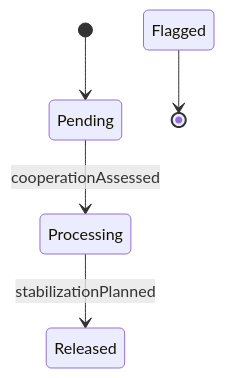
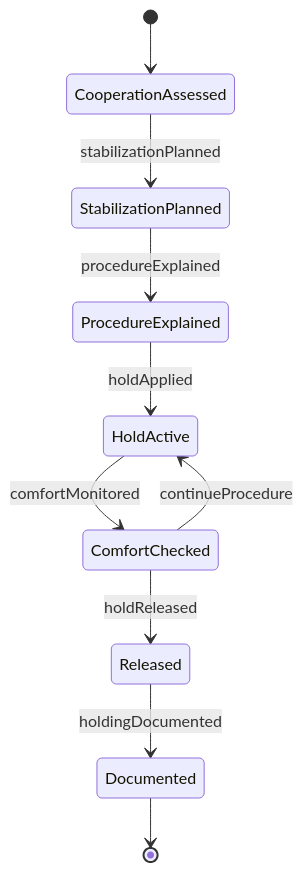
One commit to dot-org-ai/tasks.org.ai changed the second of 4 diagrams in AssistingAndCaringForOthers/AssistHealthcarePractitionersDuringMedicalProcedures/HoldPatientsEnsureProperPositioning.mdx. Above: the diagram before and after it, drawn with Mermaid. The commit also changed other lines of this file and 32 other files, not shown here.

First line of the commit message:
fix: Improve ER and State diagrams in 32 AssistingAndCaringForOthers DWA files

````diff
--- a/AssistingAndCaringForOthers/AssistHealthcarePractitionersDuringMedicalProcedures/HoldPatientsEnsureProperPositioning.mdx
+++ b/AssistingAndCaringForOthers/AssistHealthcarePractitionersDuringMedicalProcedures/HoldPatientsEnsureProperPositioning.mdx
@@ -99,7 +99,12 @@
 ```mermaid
 stateDiagram-v2
-    [*] --> Pending
-    Pending --> Processing : cooperationAssessed
-    Processing --> Released : stabilizationPlanned
-    Flagged --> [*]
+    [*] --> CooperationAssessed
+    CooperationAssessed --> StabilizationPlanned : stabilizationPlanned
+    StabilizationPlanned --> ProcedureExplained : procedureExplained
+    ProcedureExplained --> HoldActive : holdApplied
+    HoldActive --> ComfortChecked : comfortMonitored
+    ComfortChecked --> HoldActive : continueProcedure
+    ComfortChecked --> Released : holdReleased
+    Released --> Documented : holdingDocumented
+    Documented --> [*]
 ```
````
